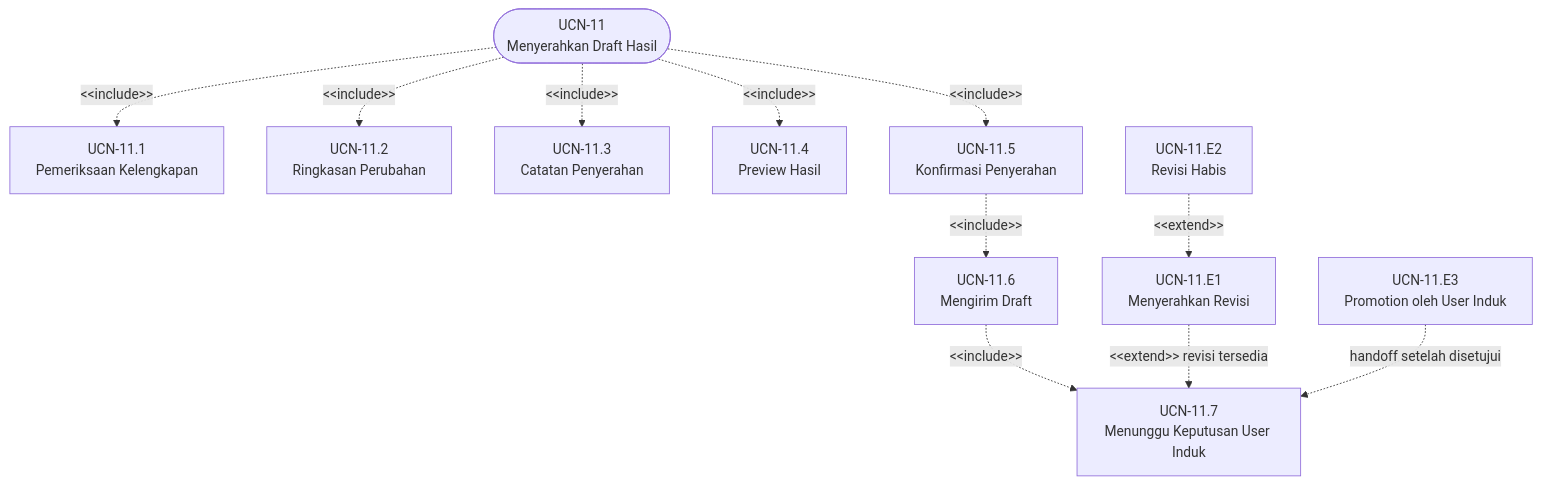
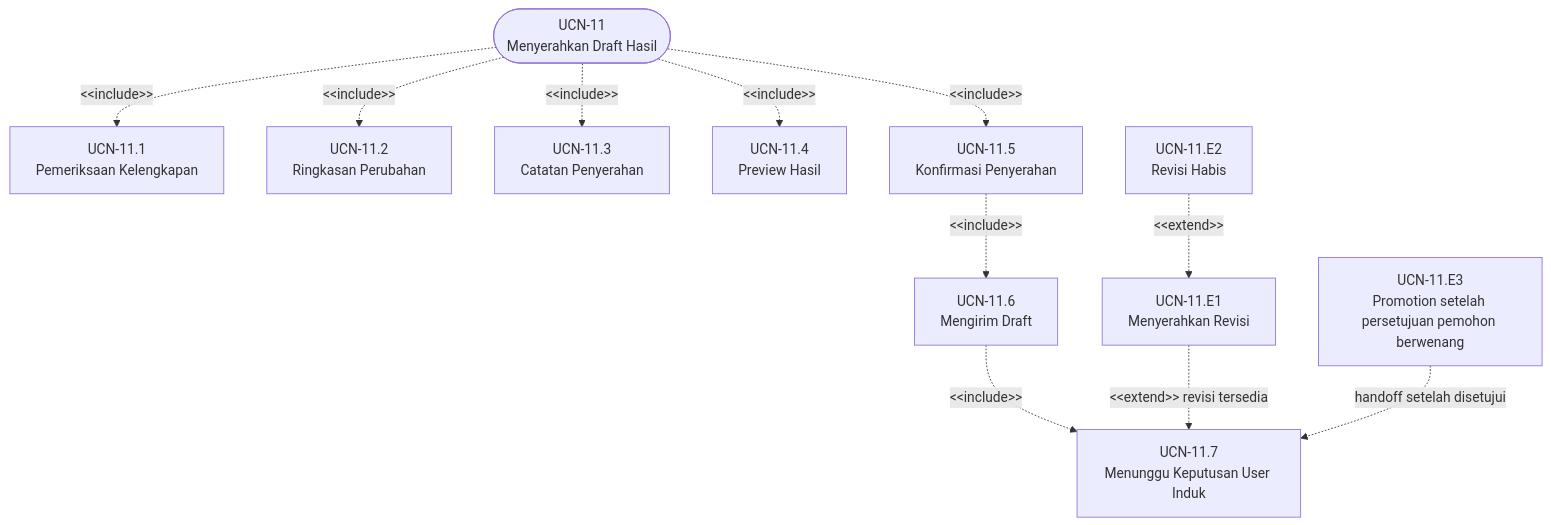
Diagram 12 of 13 in 02-With-Consultant/02-Use-Case/Consultant.md (dayatmuc/tp-docs-documentation), drawn with Mermaid before and after one commit. The commit also changed other lines of this file and 27 other files, not shown here.

````diff
--- a/02-With-Consultant/02-Use-Case/Consultant.md
+++ b/02-With-Consultant/02-Use-Case/Consultant.md
@@ -342,25 +342,25 @@
 ```mermaid
 flowchart TB
     UCN11(["UCN-11<br/>Menyerahkan Draft Hasil"])
     CHECK["UCN-11.1<br/>Pemeriksaan Kelengkapan"]
     SUMMARY["UCN-11.2<br/>Ringkasan Perubahan"]
     NOTE["UCN-11.3<br/>Catatan Penyerahan"]
     PREVIEW["UCN-11.4<br/>Preview Hasil"]
     CONFIRM["UCN-11.5<br/>Konfirmasi Penyerahan"]
     SEND["UCN-11.6<br/>Mengirim Draft"]
     WAIT["UCN-11.7<br/>Menunggu Keputusan User Induk"]
     REVISION["UCN-11.E1<br/>Menyerahkan Revisi"]
     EXHAUSTED["UCN-11.E2<br/>Revisi Habis"]
-    PROMOTE["UCN-11.E3<br/>Promotion oleh User Induk"]
+    PROMOTE["UCN-11.E3<br/>Promotion setelah persetujuan pemohon berwenang"]
 
     UCN11 -. "&lt;&lt;include&gt;&gt;" .-> CHECK
     UCN11 -. "&lt;&lt;include&gt;&gt;" .-> SUMMARY
     UCN11 -. "&lt;&lt;include&gt;&gt;" .-> NOTE
     UCN11 -. "&lt;&lt;include&gt;&gt;" .-> PREVIEW
     UCN11 -. "&lt;&lt;include&gt;&gt;" .-> CONFIRM
     CONFIRM -. "&lt;&lt;include&gt;&gt;" .-> SEND
     SEND -. "&lt;&lt;include&gt;&gt;" .-> WAIT
     REVISION -. "&lt;&lt;extend&gt;&gt; revisi tersedia" .-> WAIT
     EXHAUSTED -. "&lt;&lt;extend&gt;&gt;" .-> REVISION
     PROMOTE -. "handoff setelah disetujui" .-> WAIT
 ```
````
